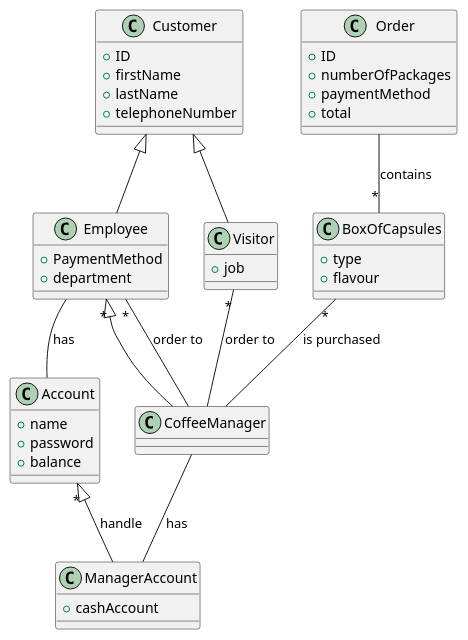
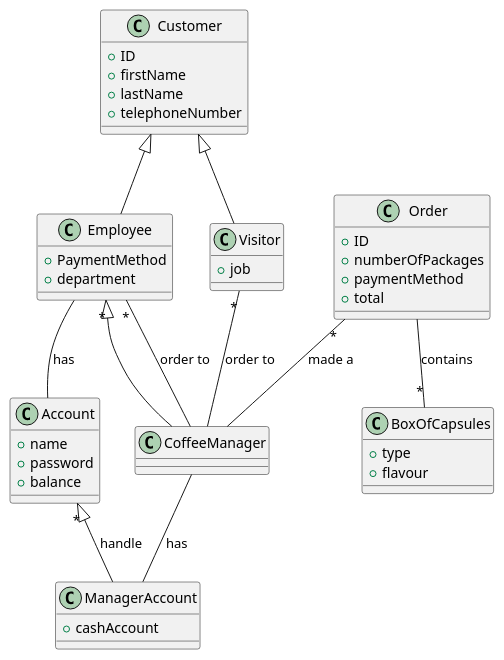
The third of 4 diagrams in templates/RequirementsTemplate.md (salvatore-dimartino/LaTazza), drawn with PlantUML before and after one commit.

````diff
--- a/templates/RequirementsTemplate.md
+++ b/templates/RequirementsTemplate.md
@@ -493,62 +493,62 @@
 ```plantuml
 @startuml
 
 class Customer {
     +ID
 	+firstName
 	+lastName
 	+telephoneNumber
 }
 
 class Employee {
     
     +PaymentMethod
     +department
 }
 
 class Visitor {
 
     +job
 }
 
 class CoffeeManager {
 
 }
 
 class BoxOfCapsules {
 
 	+type
 	+flavour
 }
 
 class Account {
 
 	+name
 	+password
 	+balance
 }
 
 class Order {
 
 	+ID
 	+numberOfPackages
 	+paymentMethod
 	+total
 }
 
 class ManagerAccount {
     +cashAccount
 }
 
 Customer <|-- Employee
 Customer <|-- Visitor
 Account "*" <|-- ManagerAccount :handle
 Employee "*" <|-- CoffeeManager
 Employee "*"-- CoffeeManager : order to
-BoxOfCapsules "*" -- CoffeeManager : is purchased
+Order "*" -- CoffeeManager : made a
 Visitor "*" -- CoffeeManager : order to
 Order -- "*" BoxOfCapsules : contains
 Employee -- Account : has
 CoffeeManager -- ManagerAccount :has
 @enduml
 ```
````
